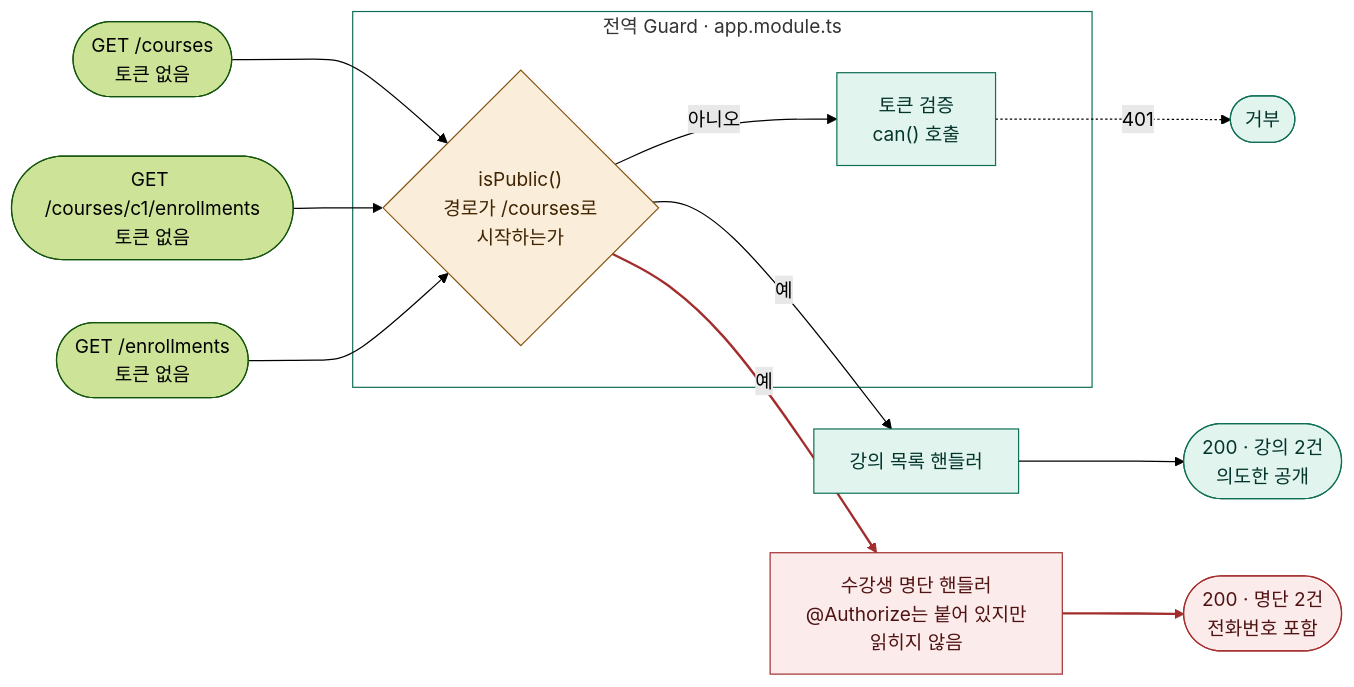
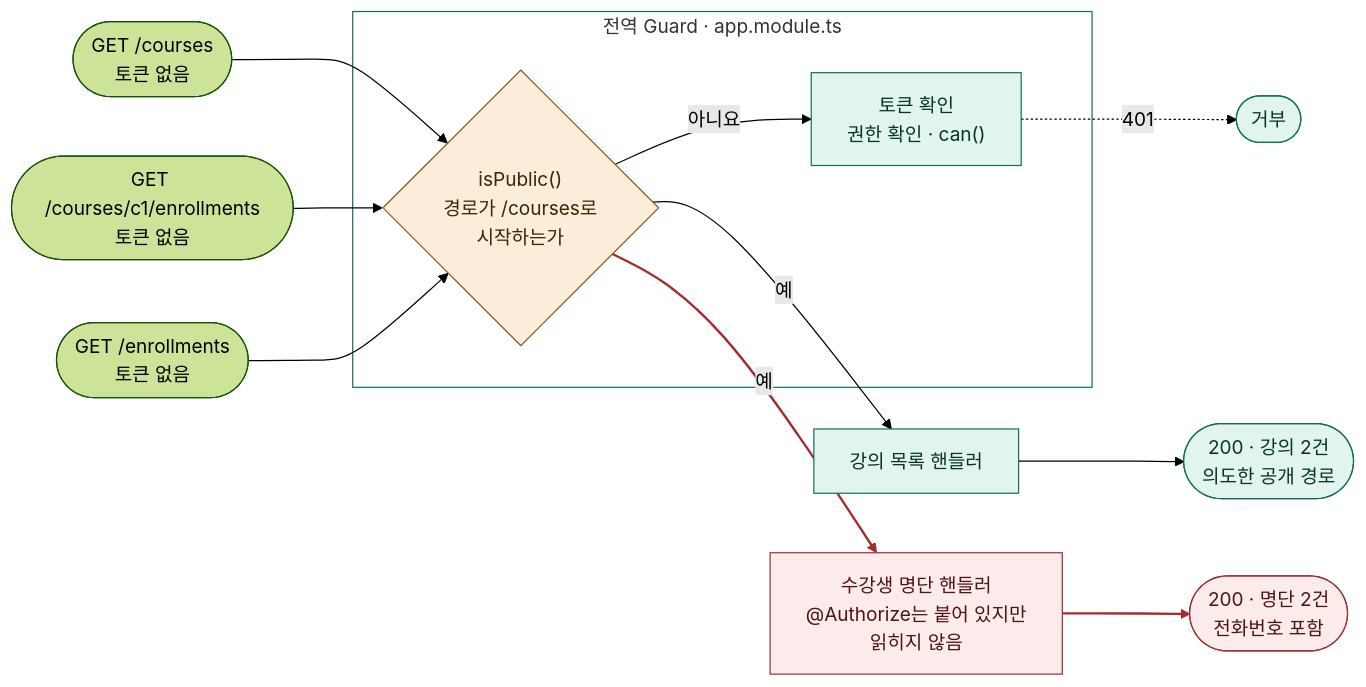
The first of 4 diagrams in docs/diagnosis/defect-2.md (loquemedalagana/secure-enroll-demo), drawn with Mermaid (forest theme) before and after one commit. The commit also changed other lines of this file, not shown here.

````diff
--- a/docs/diagnosis/defect-2.md
+++ b/docs/diagnosis/defect-2.md
@@ -101,30 +101,30 @@
 ```mermaid
 flowchart LR
   req1(["GET /courses<br/>토큰 없음"])
   req2(["GET /courses/c1/enrollments<br/>토큰 없음"])
   req3(["GET /enrollments<br/>토큰 없음"])
 
   subgraph pep["전역 Guard · app.module.ts"]
     q{"isPublic()<br/>경로가 /courses로<br/>시작하는가"}
-    g["토큰 검증<br/>can() 호출"]
-    q -- "아니오" --> g
+    g["토큰 확인<br/>권한 확인 · can()"]
+    q -- "아니요" --> g
   end
 
   req1 --> q
   req2 --> q
   req3 --> q
   q -- "예" --> h1["강의 목록 핸들러"]
   q -- "예" --> h2["수강생 명단 핸들러<br/>@Authorize는 붙어 있지만<br/>읽히지 않음"]
   g -. "401" .-> out1(["거부"])
-  h1 --> ok(["200 · 강의 2건<br/>의도한 공개"])
+  h1 --> ok(["200 · 강의 2건<br/>의도한 공개 경로"])
   h2 --> bad(["200 · 명단 2건<br/>전화번호 포함"])
 
   classDef safe fill:#E1F5EE,stroke:#0F6E56,color:#04342C
   classDef danger fill:#FCEBEB,stroke:#A32D2D,color:#501313
   classDef check fill:#FAEEDA,stroke:#854F0B,color:#412402
   class g,out1,h1,ok safe
   class h2,bad danger
   class q check
   style pep fill:none,stroke:#0F6E56
   linkStyle 5,8 stroke:#A32D2D,stroke-width:2px
 ```
````
